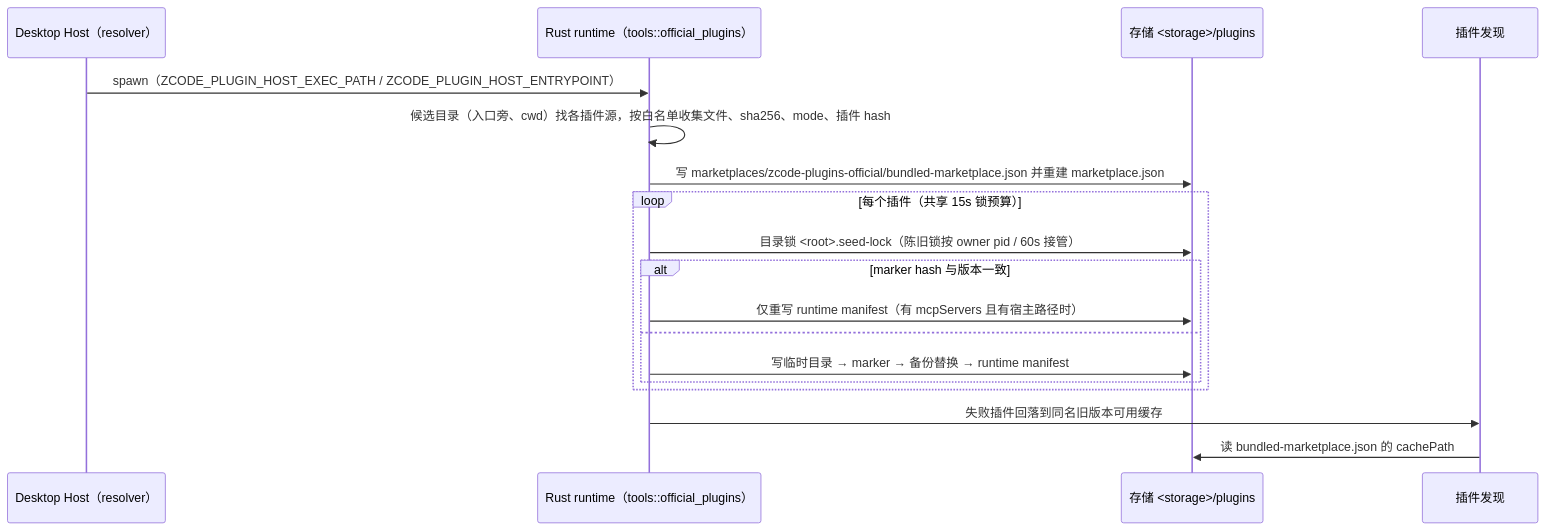
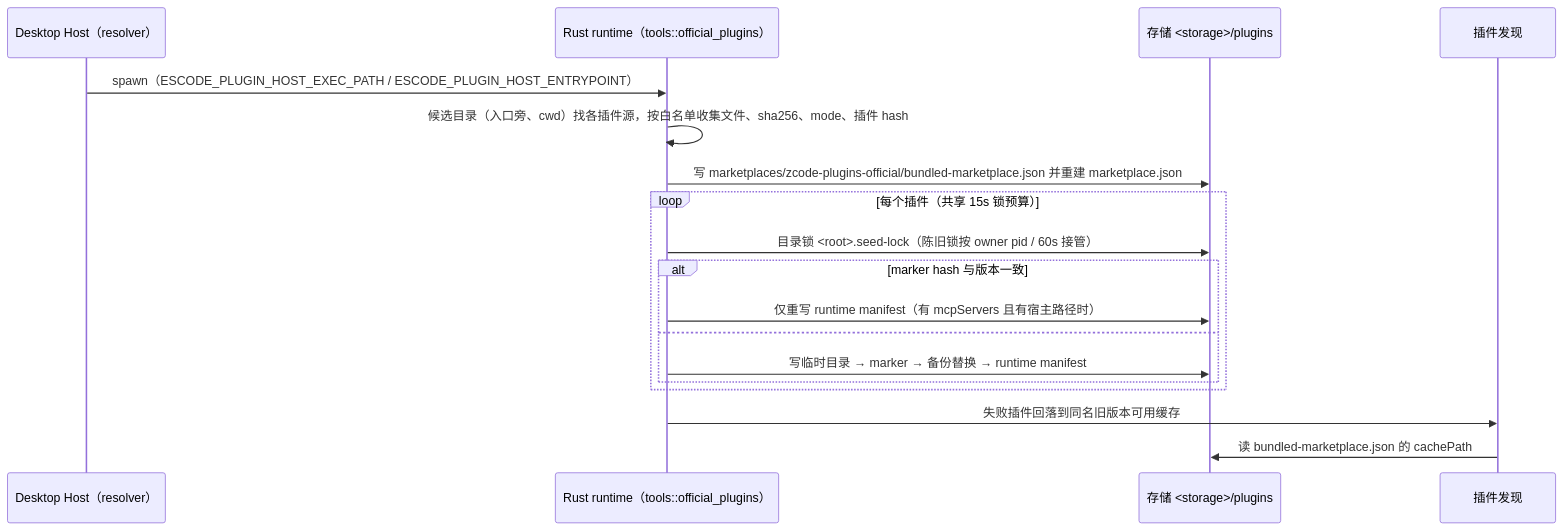
The diagram in docs/specs/rust-official-plugin-seed.md (sekfung/ESCode), drawn with Mermaid before and after one commit. The commit also changed other lines of this file and 14315 other files, not shown here.

````diff
--- a/docs/specs/rust-official-plugin-seed.md
+++ b/docs/specs/rust-official-plugin-seed.md
@@ -9,20 +9,20 @@
 ```mermaid
 sequenceDiagram
   participant H as Desktop Host（resolver）
   participant R as Rust runtime（tools::official_plugins）
   participant S as 存储 <storage>/plugins
   participant D as 插件发现
-  H->>R: spawn（ZCODE_PLUGIN_HOST_EXEC_PATH / ZCODE_PLUGIN_HOST_ENTRYPOINT）
+  H->>R: spawn（ESCODE_PLUGIN_HOST_EXEC_PATH / ESCODE_PLUGIN_HOST_ENTRYPOINT）
   R->>R: 候选目录（入口旁、cwd）找各插件源，按白名单收集文件、sha256、mode、插件 hash
   R->>S: 写 marketplaces/zcode-plugins-official/bundled-marketplace.json 并重建 marketplace.json
   loop 每个插件（共享 15s 锁预算）
     R->>S: 目录锁 <root>.seed-lock（陈旧锁按 owner pid / 60s 接管）
     alt marker hash 与版本一致
       R->>S: 仅重写 runtime manifest（有 mcpServers 且有宿主路径时）
     else
       R->>S: 写临时目录 → marker → 备份替换 → runtime manifest
     end
   end
   R->>D: 失败插件回落到同名旧版本可用缓存
   D->>S: 读 bundled-marketplace.json 的 cachePath
 ```
````
